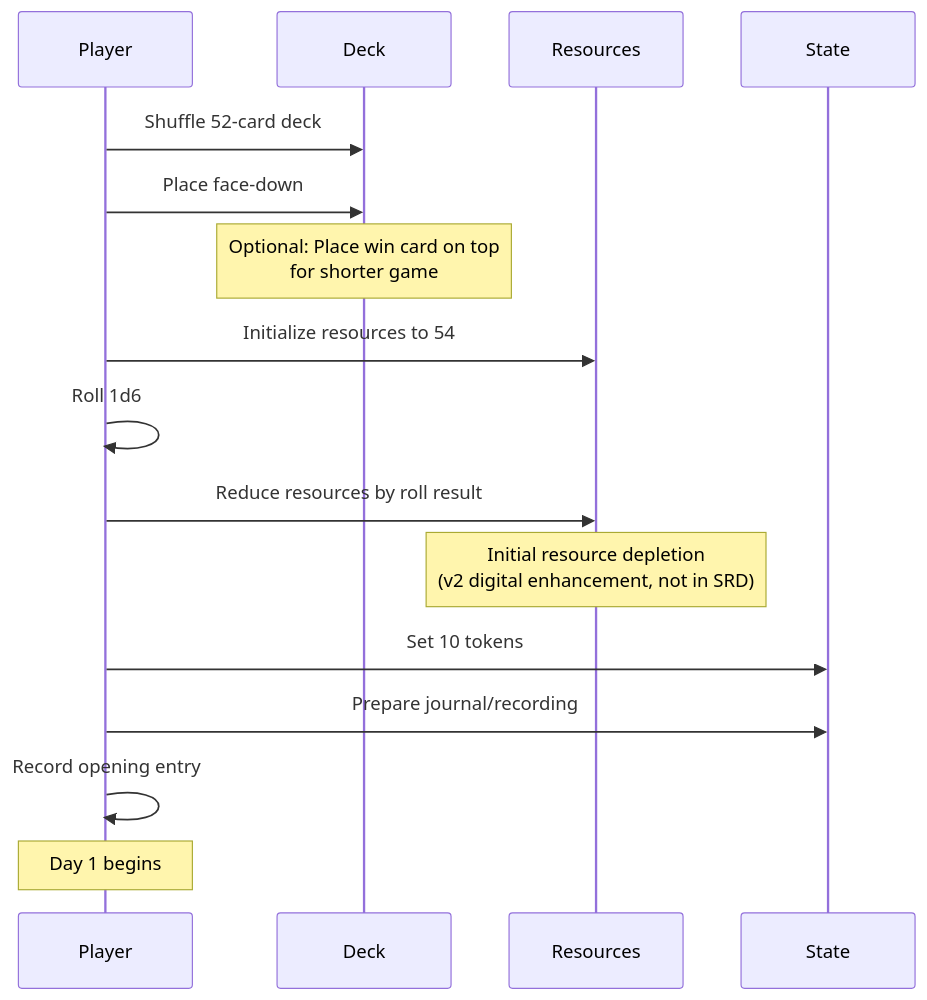
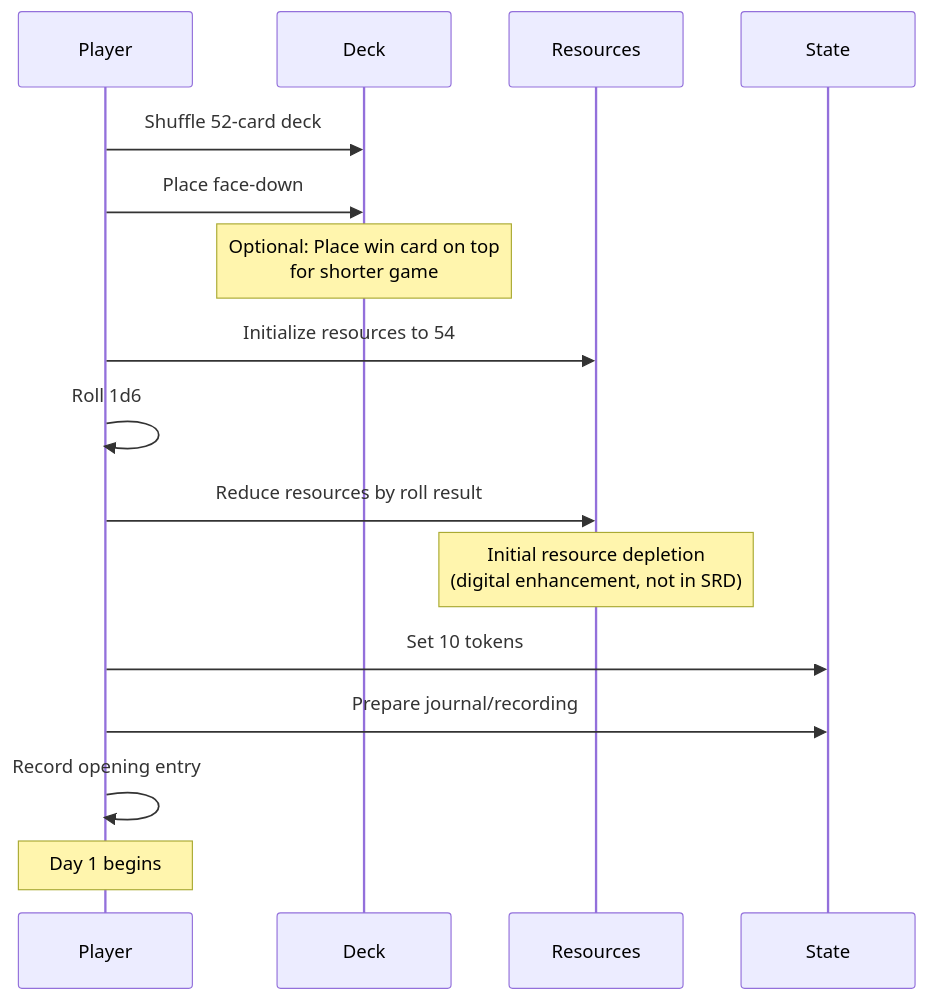
One commit to dimm-city/dc-solo-rpg changed the third of 13 diagrams in docs/wretched-alone-mechanics-guide.md. Above: the diagram before and after it, drawn with Mermaid. The commit also changed other lines of this file and 17 other files, not shown here.

````diff
--- a/docs/wretched-alone-mechanics-guide.md
+++ b/docs/wretched-alone-mechanics-guide.md
@@ -137,21 +137,21 @@
 ```mermaid
 sequenceDiagram
     participant P as Player
     participant D as Deck
     participant R as Resources
     participant S as State
 
     P->>D: Shuffle 52-card deck
     P->>D: Place face-down
     Note over D: Optional: Place win card on top<br/>for shorter game
 
     P->>R: Initialize resources to 54
     P->>P: Roll 1d6
     P->>R: Reduce resources by roll result
-    Note over R: Initial resource depletion<br/>(v2 digital enhancement, not in SRD)
+    Note over R: Initial resource depletion<br/>(digital enhancement, not in SRD)
 
     P->>S: Set 10 tokens
     P->>S: Prepare journal/recording
     P->>P: Record opening entry
     Note over P: Day 1 begins
 ```
````
